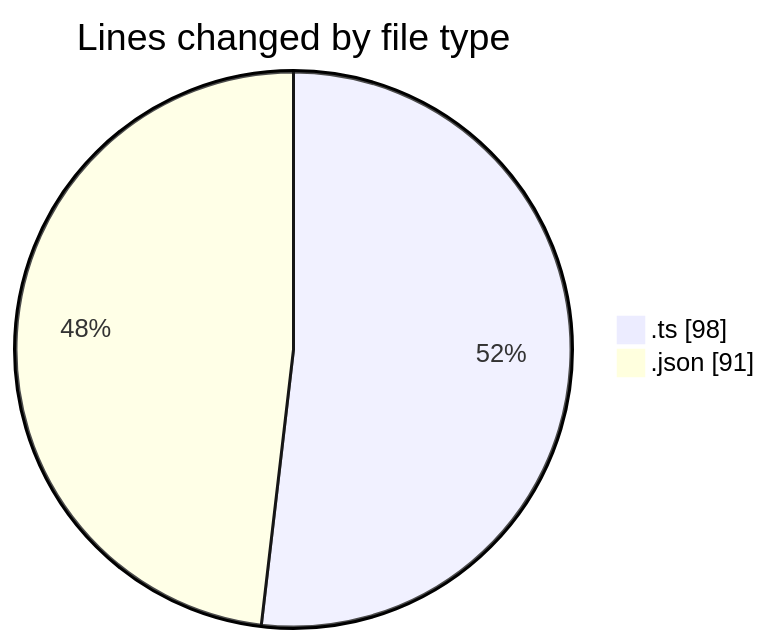
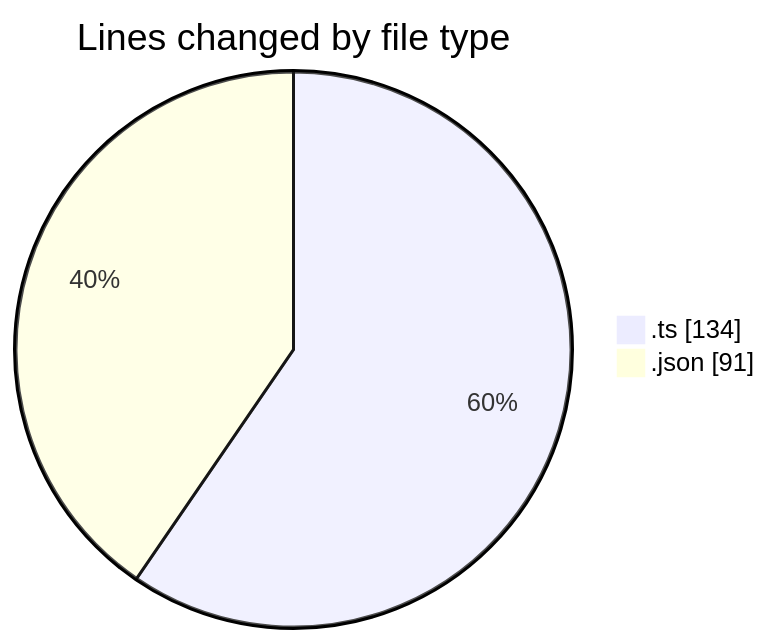
One commit to donsfak/code-tracking changed the first of 2 diagrams in 2025-02-08/maps_clone/README.md. Above: the diagram before and after it, drawn with Mermaid. The commit also changed other lines of this file and 1 other file, not shown here.

````diff
--- a/2025-02-08/maps_clone/README.md
+++ b/2025-02-08/maps_clone/README.md
@@ -21,6 +21,6 @@
 ```mermaid
 pie showData
 title Lines changed by file type
-".ts" : 98
+".ts" : 134
 ".json" : 91
 ```
````
